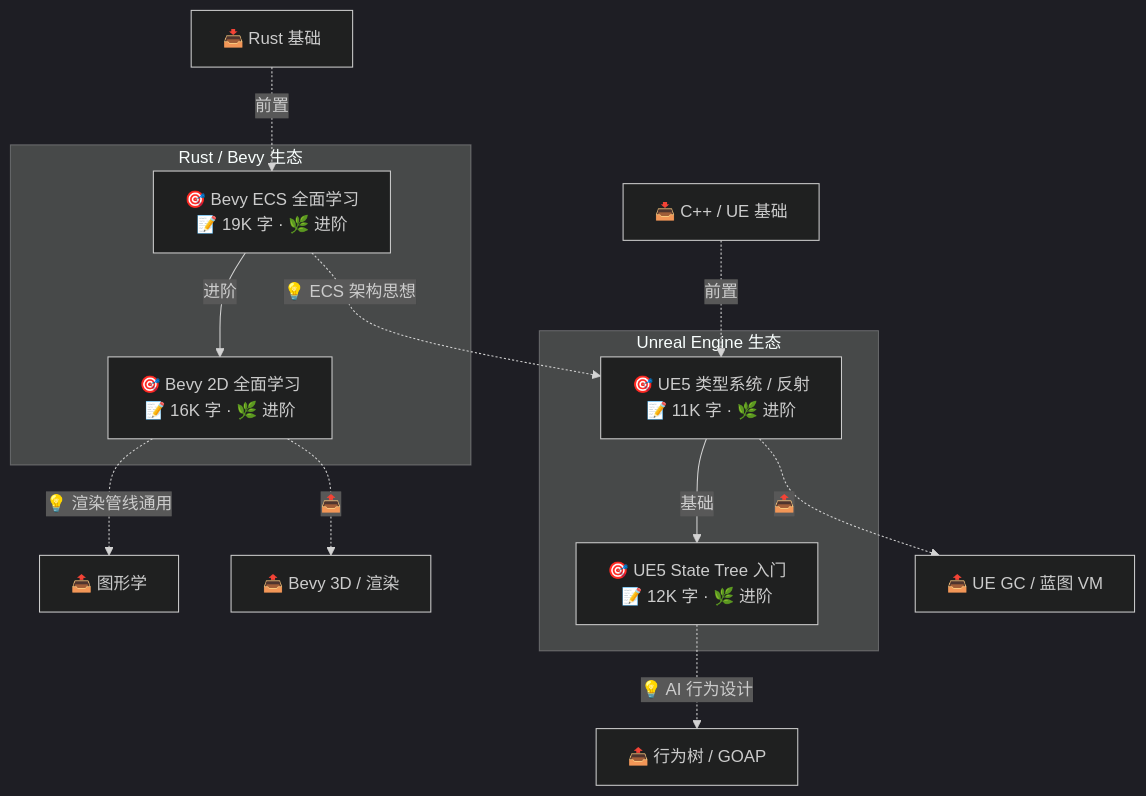
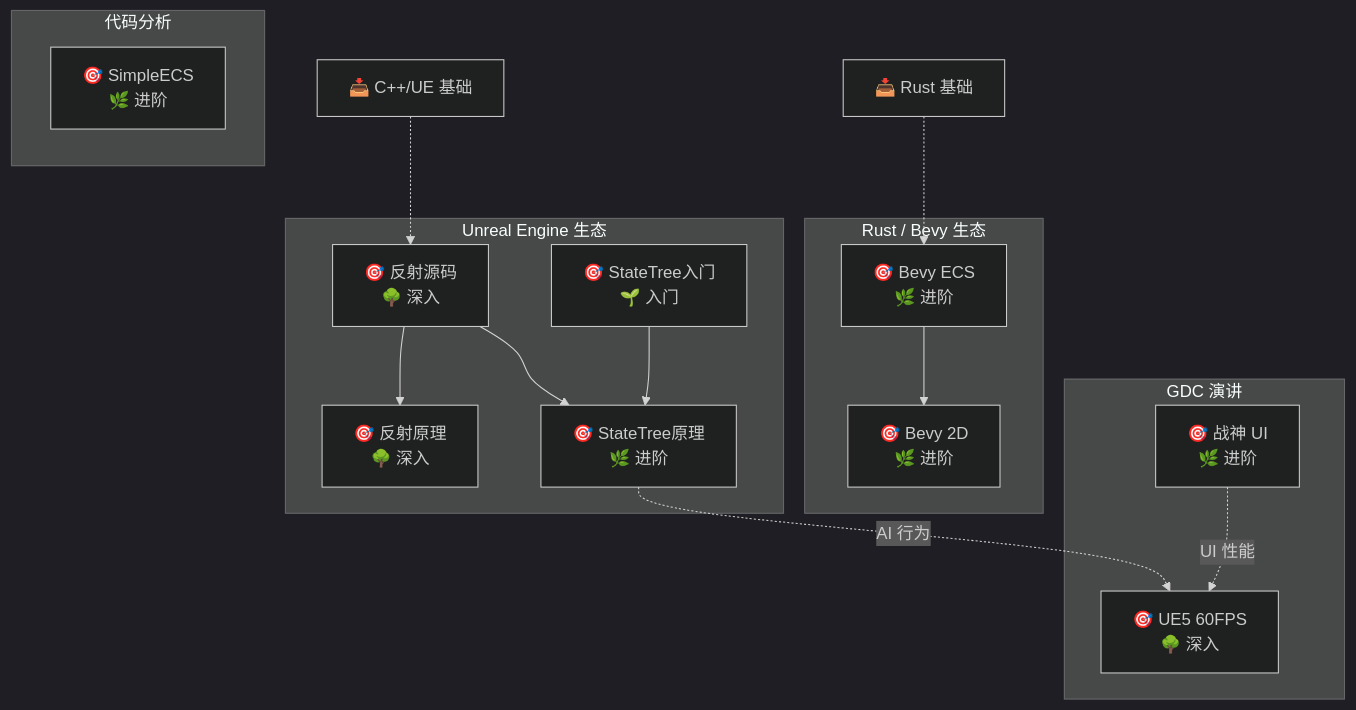
The first of 4 diagrams in 大衍决残卷/修为面板.md (yuexingqin97/MyClaude), drawn with Mermaid before and after one commit. The commit also changed other lines of this file, not shown here.

````diff
--- a/大衍决残卷/修为面板.md
+++ b/大衍决残卷/修为面板.md
@@ -50,28 +52,45 @@
 ```mermaid
 %%{init: {'theme': 'dark'}}%%
 graph TD
     subgraph Rust_Bevy["Rust / Bevy 生态"]
-        BEVY_ECS["🎯 Bevy ECS 全面学习\n📝 19K 字 · 🌿 进阶"]
-        BEVY_2D["🎯 Bevy 2D 全面学习\n📝 16K 字 · 🌿 进阶"]
+        BEVY_ECS["🎯 Bevy ECS\n🌿 进阶"]
+        BEVY_2D["🎯 Bevy 2D\n🌿 进阶"]
     end
     subgraph UE["Unreal Engine 生态"]
-        UE_TYPE["🎯 UE5 类型系统 / 反射\n📝 11K 字 · 🌿 进阶"]
-        UE_ST["🎯 UE5 State Tree 入门\n📝 12K 字 · 🌿 进阶"]
+        UE_TYPE["🎯 反射源码\n🌳 深入"]
+        UE_REFL["🎯 反射原理\n🌳 深入"]
+        UE_ST["🎯 StateTree入门\n🌱 入门"]
+        UE_STUOD["🎯 StateTree原理\n🌿 进阶"]
+    end
+    subgraph GDC["GDC 演讲"]
+        GDC_PERF["🎯 UE5 60FPS\n🌳 深入"]
+        GDC_UI["🎯 战神 UI\n🌿 进阶"]
+    end
+    subgraph CODE["代码分析"]
+        SIMPLE_ECS["🎯 SimpleECS\n🌿 进阶"]
     end
     
-    RUST_BASE["📥 Rust 基础"] -.->|前置| BEVY_ECS
-    BEVY_ECS -->|进阶| BEVY_2D
-    CPP_BASE["📥 C++ / UE 基础"] -.->|前置| UE_TYPE
-    UE_TYPE -->|基础| UE_ST
+    RUST_BASE["📥 Rust 基础"] -.-> BEVY_ECS
+    BEVY_ECS --> BEVY_2D
+    CPP_BASE["📥 C++/UE 基础"] -.-> UE_TYPE
+    UE_TYPE --> UE_REFL
+    UE_TYPE --> UE_STUOD
+    UE_ST --> UE_STUOD
+    UE_STUOD -.->|"AI 行为"| GDC_PERF
+    GDC_UI -.->|"UI 性能"| GDC_PERF
     
-    BEVY_ECS -.->|"💡 ECS 架构思想"| UE_TYPE
-    BEVY_2D -.->|"💡 渲染管线通用"| NEXT_GFX["📤 图形学"]
-    UE_ST -.->|"💡 AI 行为设计"| NEXT_AI["📤 行为树 / GOAP"]
-    BEVY_2D -.->|📤| NEXT_3D["📤 Bevy 3D / 渲染"]
-    UE_TYPE -.->|📤| NEXT_GC["📤 UE GC / 蓝图 VM"]
+    click BEVY_ECS "./Bevy学习笔记/LearnEcs.md"
+    click BEVY_2D "./Bevy学习笔记/Learn2D.md"
+    click UE_TYPE "./Unreal学习笔记/LearnUE5TypeSystem.md"
+    click UE_REFL "./Unreal学习笔记/LearnUE5ReflectionSystem.md"
+    click UE_ST "./Unreal学习笔记/LearnStateTree.md"
+    click UE_STUOD "./Unreal学习笔记/LearnStateTreeUOD.md"
+    click GDC_PERF "./GDC/LearnUE5Perf60FPS.md"
+    click GDC_UI "./GDC/LearnGDC23GoWRagnarokUI.md"
+    click SIMPLE_ECS "./代码分析/SimpleECS-分析报告.md"
 
     click BEVY_ECS "./Bevy学习笔记/LearnEcs.md" "打开 Bevy ECS 笔记"
     click BEVY_2D "./Bevy学习笔记/Learn2D.md" "打开 Bevy 2D 笔记"
     click UE_TYPE "./Unreal学习笔记/LearnUE5TypeSystem.md" "打开 UE5 类型系统笔记"
     click UE_ST "./Unreal学习笔记/LearnStateTree.md" "打开 State Tree 笔记"
 ```
````
